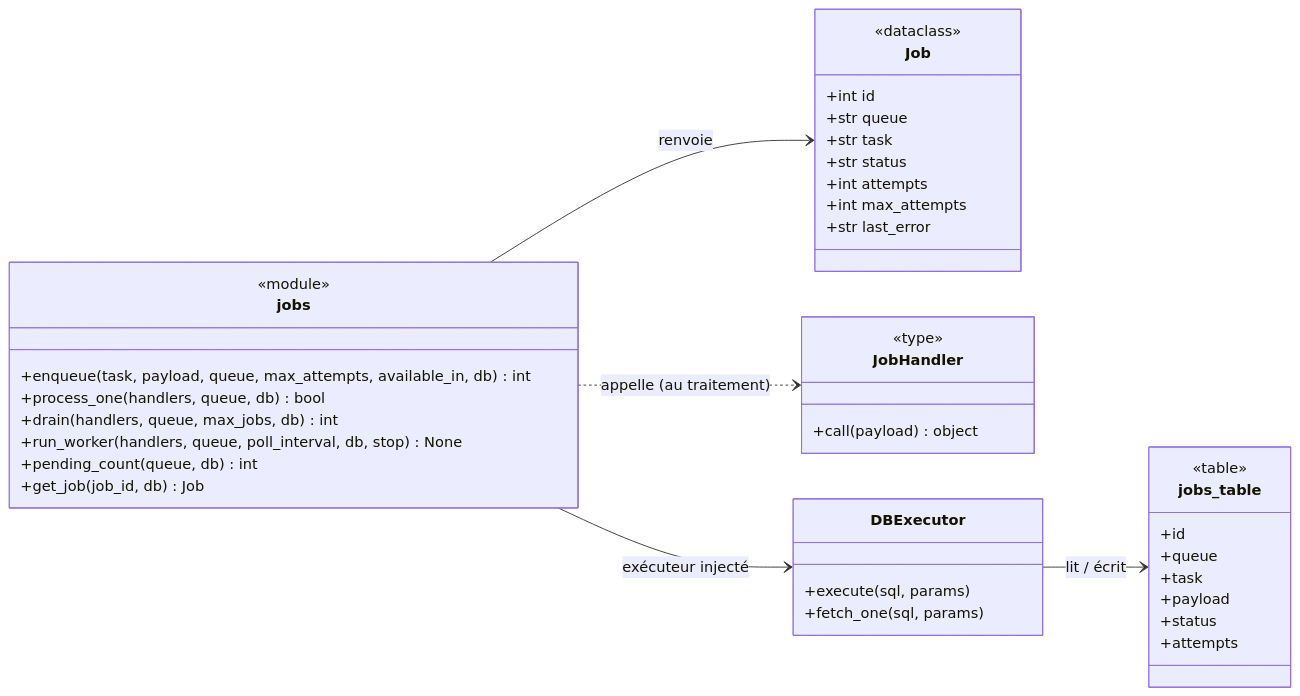
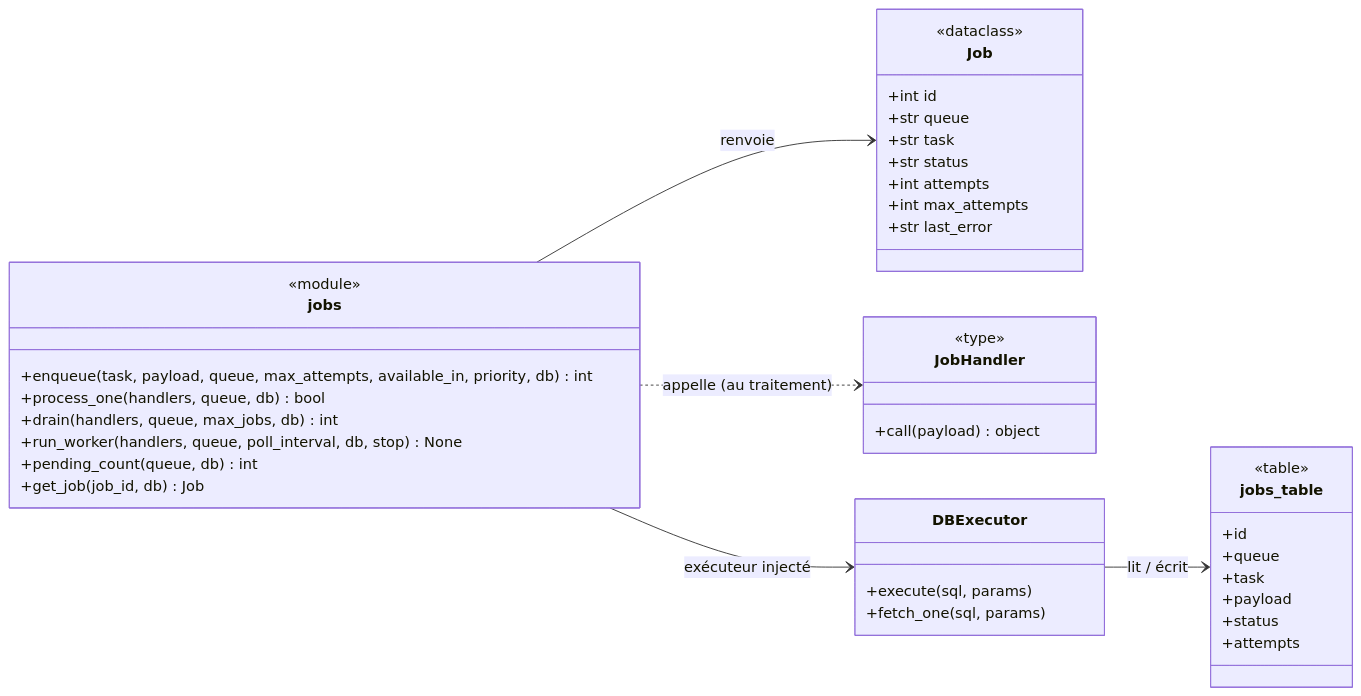
One commit to caucrogeGit/Forge changed the diagram in packages/forge-mvc-jobs/docs/reference.md. Above: the diagram before and after it, drawn with Mermaid. The commit also changed other lines of this file and 9 other files, not shown here.

````diff
--- a/packages/forge-mvc-jobs/docs/reference.md
+++ b/packages/forge-mvc-jobs/docs/reference.md
@@ -192,51 +192,51 @@
     ```mermaid
     classDiagram
         direction LR
 
         class jobs {
             <<module>>
-            +enqueue(task, payload, queue, max_attempts, available_in, db) int
+            +enqueue(task, payload, queue, max_attempts, available_in, priority, db) int
             +process_one(handlers, queue, db) bool
             +drain(handlers, queue, max_jobs, db) int
             +run_worker(handlers, queue, poll_interval, db, stop) None
             +pending_count(queue, db) int
             +get_job(job_id, db) Job
         }
 
         class Job {
             <<dataclass>>
             +int id
             +str queue
             +str task
             +str status
             +int attempts
             +int max_attempts
             +str last_error
         }
 
         class jobs_table {
             <<table>>
             +id
             +queue
             +task
             +payload
             +status
             +attempts
         }
 
         class JobHandler {
             <<type>>
             +call(payload) object
         }
 
         class DBExecutor {
             +execute(sql, params)
             +fetch_one(sql, params)
         }
 
         jobs --> DBExecutor : exécuteur injecté
         DBExecutor --> jobs_table : lit / écrit
         jobs --> Job : renvoie
         jobs ..> JobHandler : appelle (au traitement)
 
     ```
````
